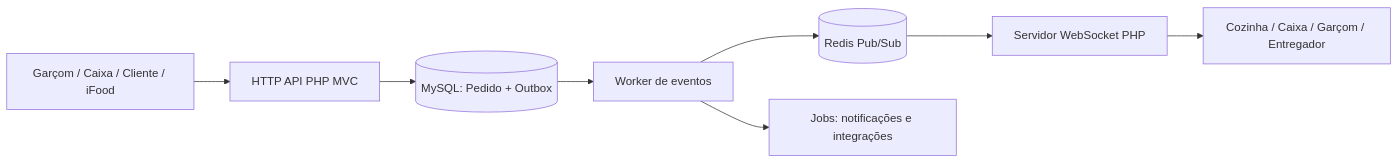
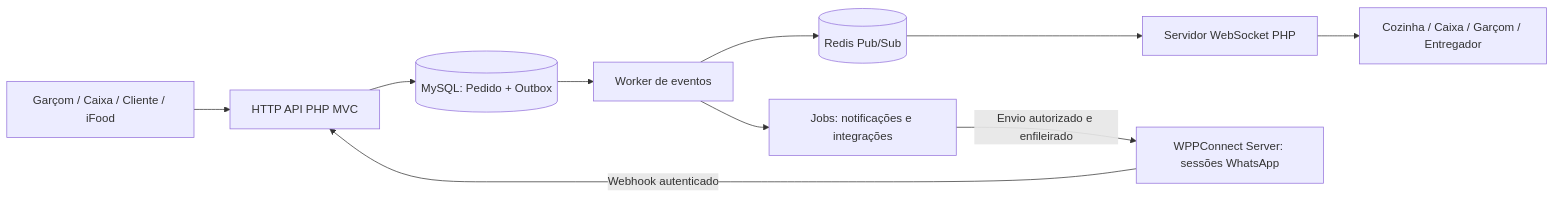
The first of 2 diagrams in README.md (vitoryvensreis/cardapim), drawn with Mermaid before and after one commit. The commit also changed other lines of this file, not shown here.

Commit message:
docs: inclui módulo WhatsApp multi-tenant via WPPConnect no Cardapim

````diff
--- a/README.md
+++ b/README.md
@@ -190,10 +232,12 @@
 ```mermaid
 flowchart LR
   A[Garçom / Caixa / Cliente / iFood] --> B[HTTP API PHP MVC]
+  W[WPPConnect Server: sessões WhatsApp] -->|Webhook autenticado| B
   B --> C[(MySQL: Pedido + Outbox)]
   C --> D[Worker de eventos]
   D --> E[(Redis Pub/Sub)]
   E --> F[Servidor WebSocket PHP]
   F --> G[Cozinha / Caixa / Garçom / Entregador]
   D --> H[Jobs: notificações e integrações]
+  H -->|Envio autorizado e enfileirado| W
 ```
````
